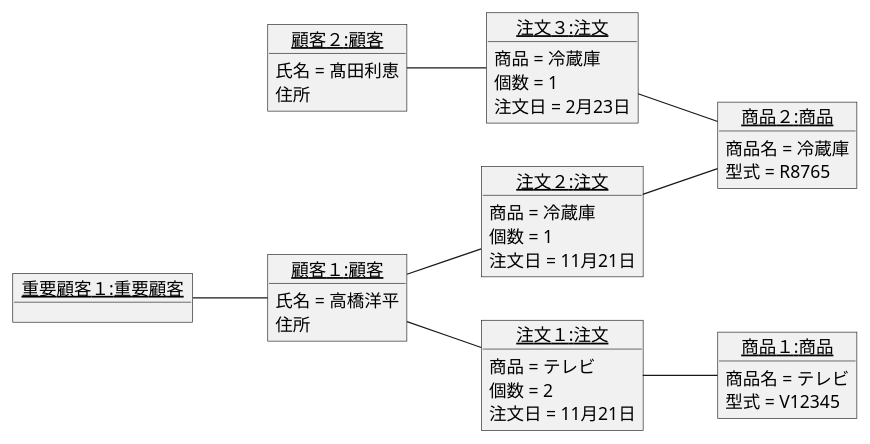
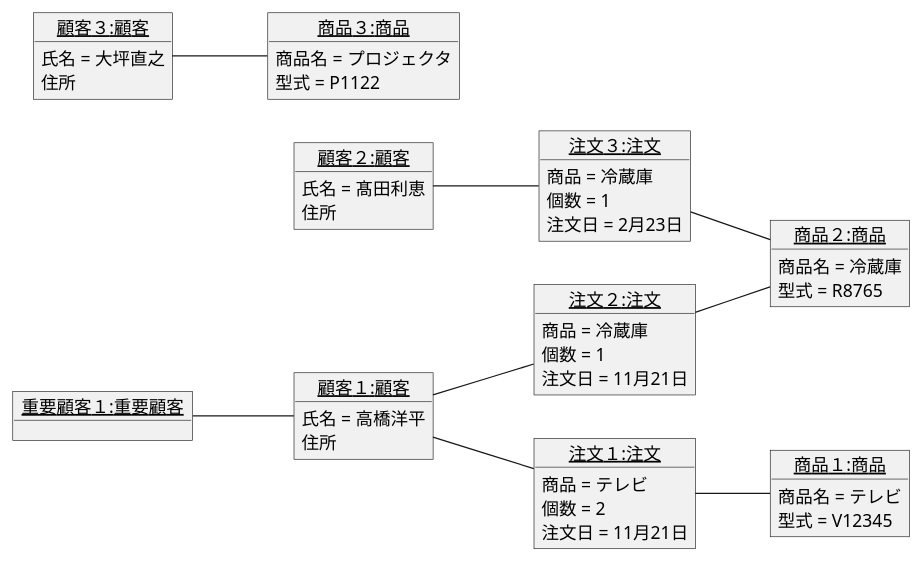
Before and after one commit to yoshidasen/uml-introduction: the diagram in 演習3-7_OBJ_注文のオブジェクト図.pu, drawn with PlantUML.

Commit message:
演習3-7

```diff
--- a/演習3-7_OBJ_注文のオブジェクト図.pu
+++ b/演習3-7_OBJ_注文のオブジェクト図.pu
@@ -1,47 +1,61 @@
 @startuml 注文
     left to right direction
     object "<u>顧客１:顧客</u>" as O1 {
         氏名 = 高橋洋平
         住所
     }
     object "<u>顧客２:顧客</u>" as O2 {
         氏名 = 髙田利恵
         住所
     }
+    object "<u>顧客３:顧客</u>" as O3 {
+        氏名 = 大坪直之
+        住所
+    }
 
-    object "<u>商品１:商品</u>" as O3 {
+    object "<u>商品１:商品</u>" as O4 {
         商品名 = テレビ
         型式 = V12345
     }
-    object "<u>商品２:商品</u>" as O4 {
+    object "<u>商品２:商品</u>" as O5 {
         商品名 = 冷蔵庫
         型式 = R8765
     }
-    object "<u>注文１:注文</u>" as O5 {
+    object "<u>商品３:商品</u>" as O6 {
+        商品名 = プロジェクタ
+        型式 = P1122
+    }
+
+    object "<u>注文１:注文</u>" as O7 {
         商品 = テレビ
         個数 = 2
         注文日 = 11月21日
     }
-    object "<u>注文２:注文</u>" as O6 {
+    object "<u>注文２:注文</u>" as O8 {
         商品 = 冷蔵庫
         個数 = 1
         注文日 = 11月21日
     }
-    object "<u>注文３:注文</u>" as O7 {
+    object "<u>注文３:注文</u>" as O9 {
         商品 = 冷蔵庫
         個数 = 1
         注文日 = 2月23日
     }
-    object "<u>重要顧客１:重要顧客</u>" as O8 {
+    object "<u>重要顧客１:重要顧客</u>" as 10 {
 
     }
 
-    O1 -- O5
-    O1 -- O6
-    O2 -- O7
-    O5 -- O3
-    O6 -- O4
+    O1 -- O7
+    O1 -- O8
+    O2 -- O9
+
     O7 -- O4
-    O8 -- O1
+    O8 -- O5
+    O9 -- O5
+
+    10 -- O1
+    O3 -- O6
+
+
 
 @enduml
```
